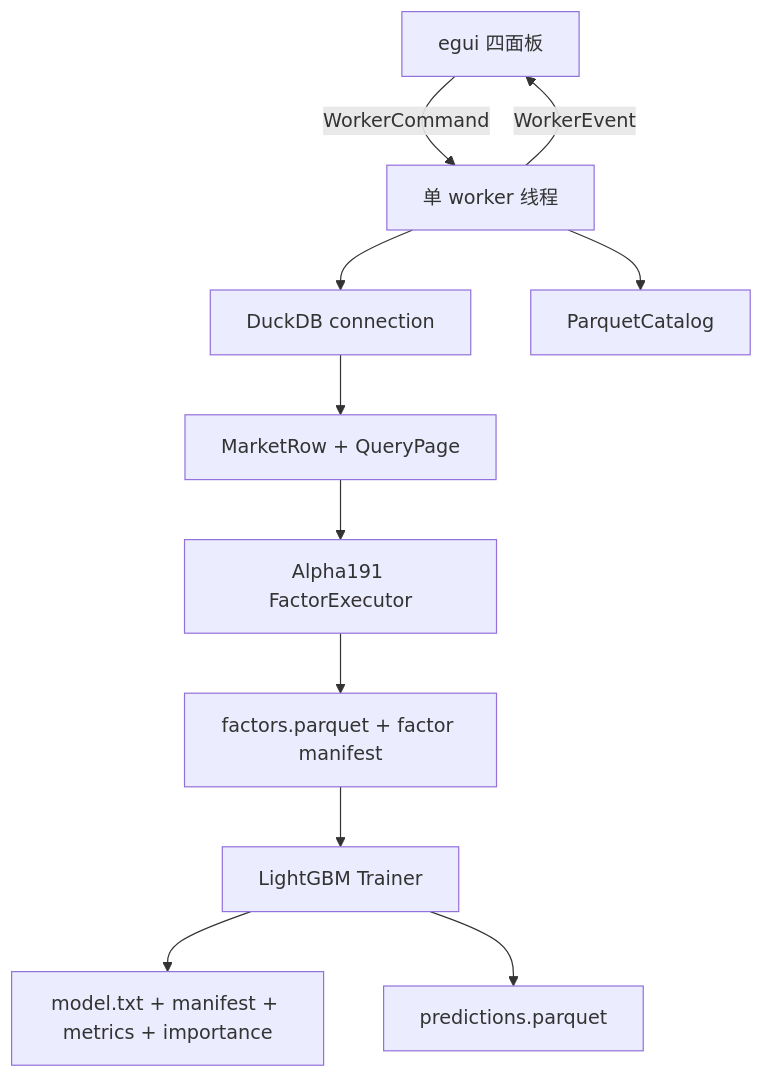
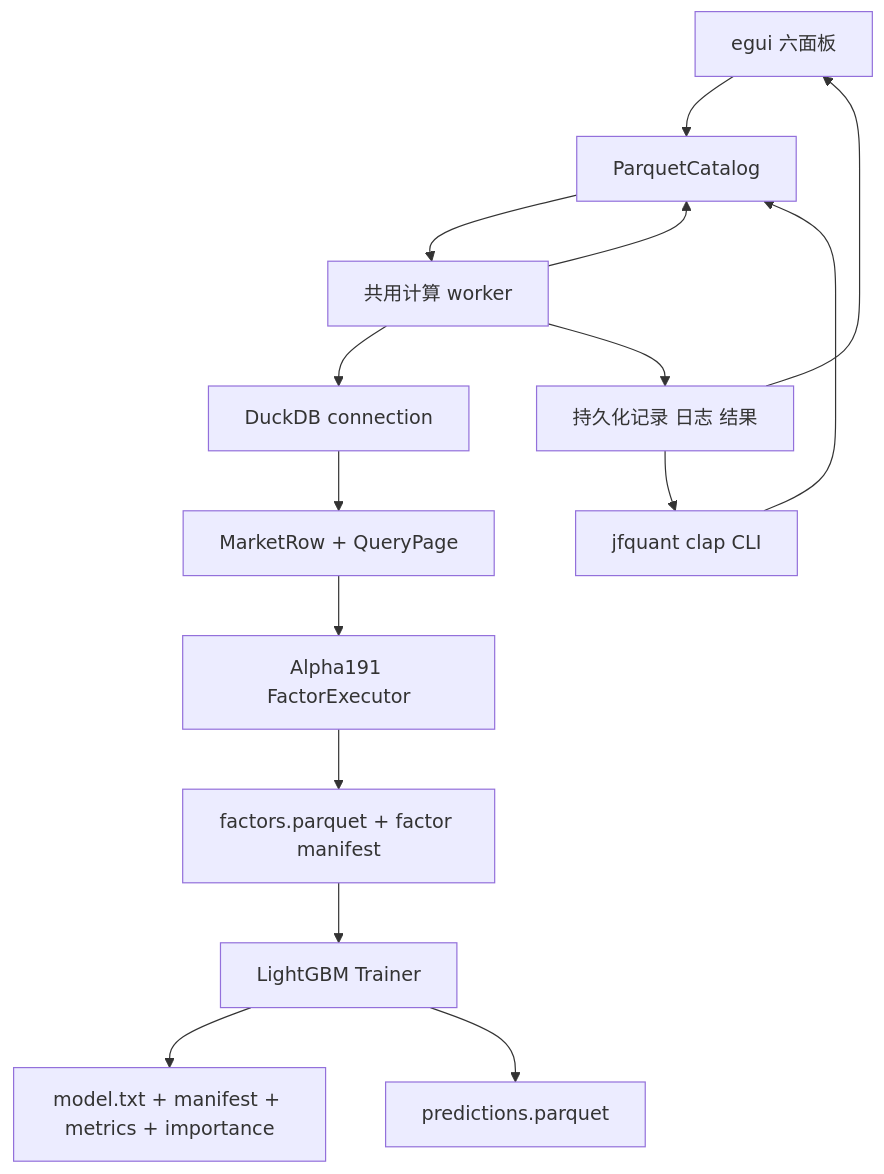
One commit to Dennishaha/JFQuant changed the diagram in README.md. Above: the diagram before and after it, drawn with Mermaid. The commit also changed other lines of this file and 73 other files, not shown here.

````diff
--- a/README.md
+++ b/README.md
@@ -7,13 +7,17 @@
 ```mermaid
 flowchart TB
-  UI[egui 四面板] -->|WorkerCommand| W[单 worker 线程]
+  UI[egui 六面板] --> S[工作区本地服务]
+  CLI[jfquant clap CLI] --> S
+  S --> W[共用计算 worker]
   W --> C[DuckDB connection]
   W --> S[ParquetCatalog]
   C --> R[MarketRow + QueryPage]
   R --> F[Alpha191 FactorExecutor]
   F --> FC[factors.parquet + factor manifest]
   FC --> T[LightGBM Trainer]
   T --> A[model.txt + manifest + metrics + importance]
   T --> P[predictions.parquet]
-  W -->|WorkerEvent| UI
+  W --> H[持久化记录 日志 结果]
+  H --> UI
+  H --> CLI
 ```
````
